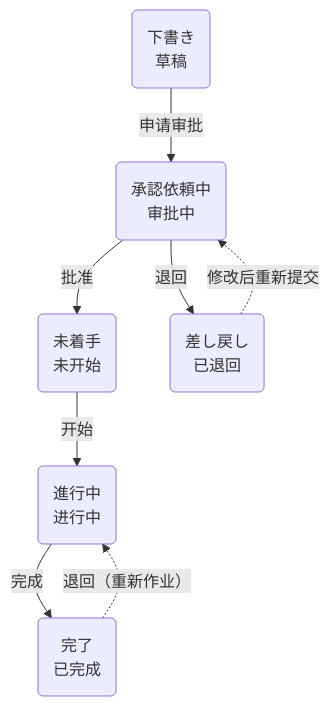
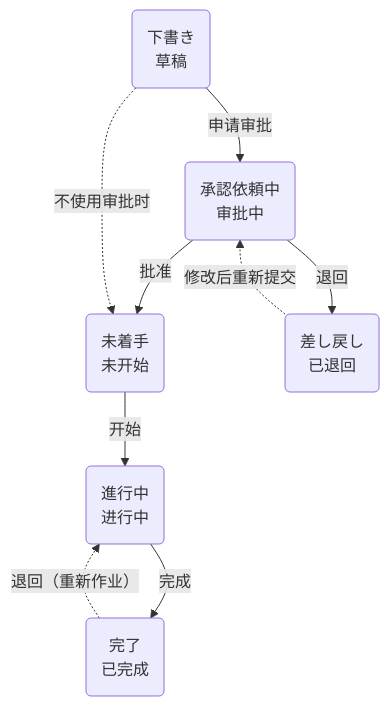
The first of 2 diagrams in coolify/apps/nextjs-web/content/manual/operations/sales/design-request/user.zh.md (Kuisin/ckk-tool-v3), drawn with Mermaid before and after one commit. The commit also changed other lines of this file and 29 other files, not shown here.

````diff
--- a/coolify/apps/nextjs-web/content/manual/operations/sales/design-request/user.zh.md
+++ b/coolify/apps/nextjs-web/content/manual/operations/sales/design-request/user.zh.md
@@ -29,10 +29,11 @@
 ```mermaid
 flowchart TD
   draft("下書き<br/>草稿"):::gray -->|"申请审批"| req("承認依頼中<br/>审批中"):::yellow
   req -->|"批准"| pend("未着手<br/>未开始"):::blue
   pend -->|"开始"| prog("進行中<br/>进行中"):::violet
   prog -->|"完成"| done("完了<br/>已完成"):::green
   req -->|"退回"| rej("差し戻し<br/>已退回"):::red
   rej -.->|"修改后重新提交"| req
   done -.->|"退回（重新作业）"| prog
+  draft -.->|"不使用审批时"| pend
 ```
````
